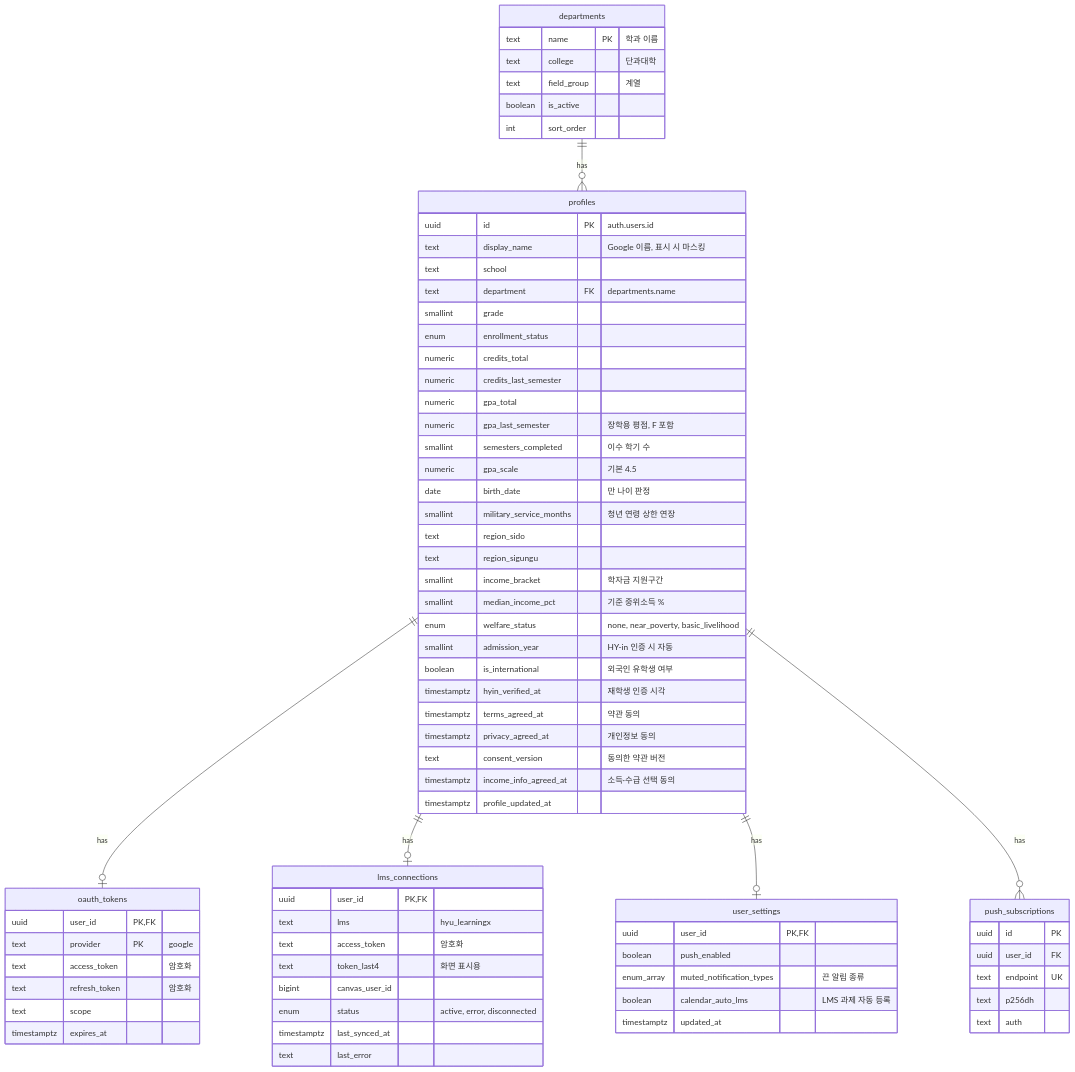
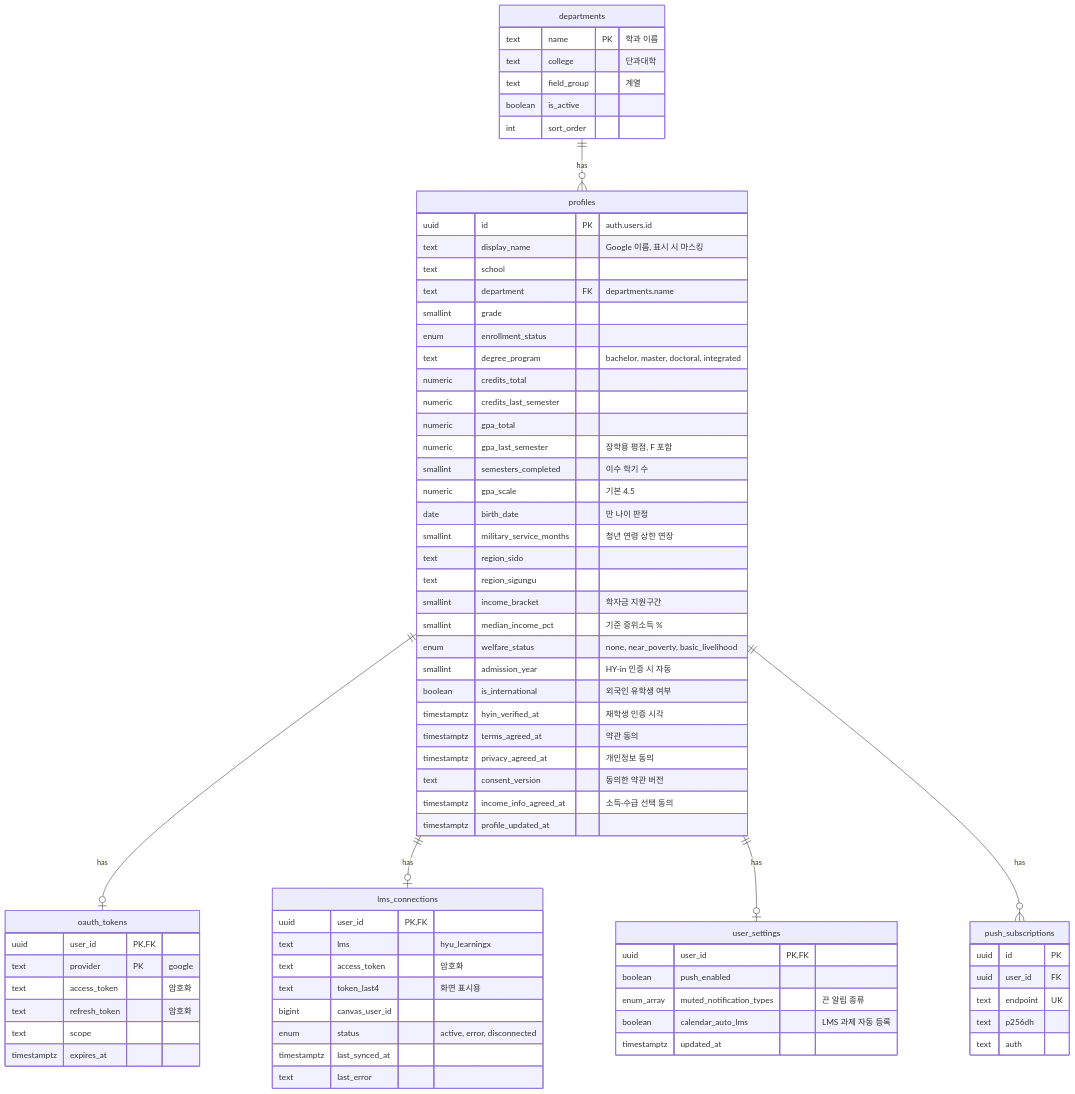
One commit to Happy623623/Unipivot changed the second of 6 diagrams in docs/ERD_v0.9.md. Above: the diagram before and after it, drawn with Mermaid. The commit also changed other lines of this file and 27 other files, not shown here.

````diff
--- a/docs/ERD_v0.9.md
+++ b/docs/ERD_v0.9.md
@@ -110,76 +112,77 @@
 ```mermaid
 erDiagram
     profiles {
         uuid id PK "auth.users.id"
         text display_name "Google 이름, 표시 시 마스킹"
         text school
         text department FK "departments.name"
         smallint grade
         enum enrollment_status
+        text degree_program "bachelor, master, doctoral, integrated"
         numeric credits_total
         numeric credits_last_semester
         numeric gpa_total
         numeric gpa_last_semester "장학용 평점, F 포함"
         smallint semesters_completed "이수 학기 수"
         numeric gpa_scale "기본 4.5"
         date birth_date "만 나이 판정"
         smallint military_service_months "청년 연령 상한 연장"
         text region_sido
         text region_sigungu
         smallint income_bracket "학자금 지원구간"
         smallint median_income_pct "기준 중위소득 %"
         enum welfare_status "none, near_poverty, basic_livelihood"
         smallint admission_year "HY-in 인증 시 자동"
         boolean is_international "외국인 유학생 여부"
         timestamptz hyin_verified_at "재학생 인증 시각"
         timestamptz terms_agreed_at "약관 동의"
         timestamptz privacy_agreed_at "개인정보 동의"
         text consent_version "동의한 약관 버전"
         timestamptz income_info_agreed_at "소득·수급 선택 동의"
         timestamptz profile_updated_at
     }
     departments {
         text name PK "학과 이름"
         text college "단과대학"
         text field_group "계열"
         boolean is_active
         int sort_order
     }
     oauth_tokens {
         uuid user_id PK, FK
         text provider PK "google"
         text access_token "암호화"
         text refresh_token "암호화"
         text scope
         timestamptz expires_at
     }
     lms_connections {
         uuid user_id PK, FK
         text lms "hyu_learningx"
         text access_token "암호화"
         text token_last4 "화면 표시용"
         bigint canvas_user_id
         enum status "active, error, disconnected"
         timestamptz last_synced_at
         text last_error
     }
     user_settings {
         uuid user_id PK, FK
         boolean push_enabled
         enum_array muted_notification_types "끈 알림 종류"
         boolean calendar_auto_lms "LMS 과제 자동 등록"
         timestamptz updated_at
     }
     push_subscriptions {
         uuid id PK
         uuid user_id FK
         text endpoint UK
         text p256dh
         text auth
     }
     departments ||--o{ profiles : "has"
     profiles ||--o| oauth_tokens : "has"
     profiles ||--o| lms_connections : "has"
     profiles ||--o| user_settings : "has"
     profiles ||--o{ push_subscriptions : "has"
 ```
````
